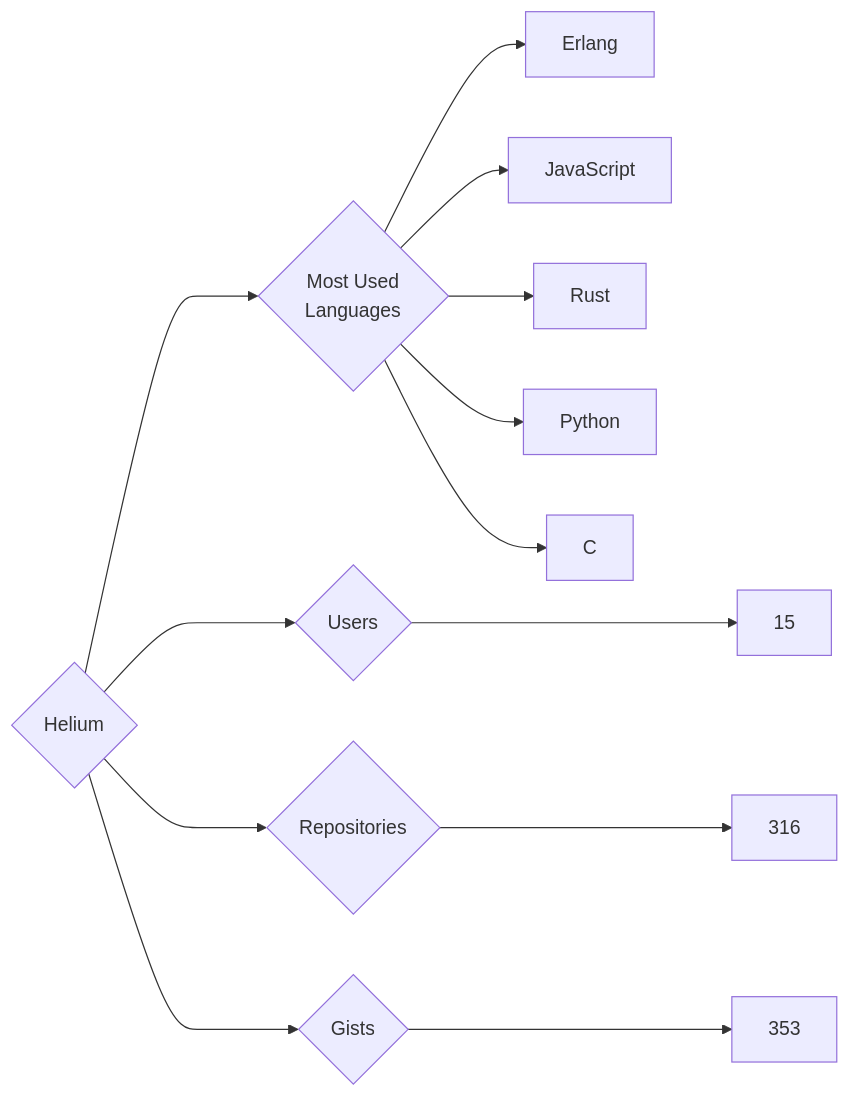
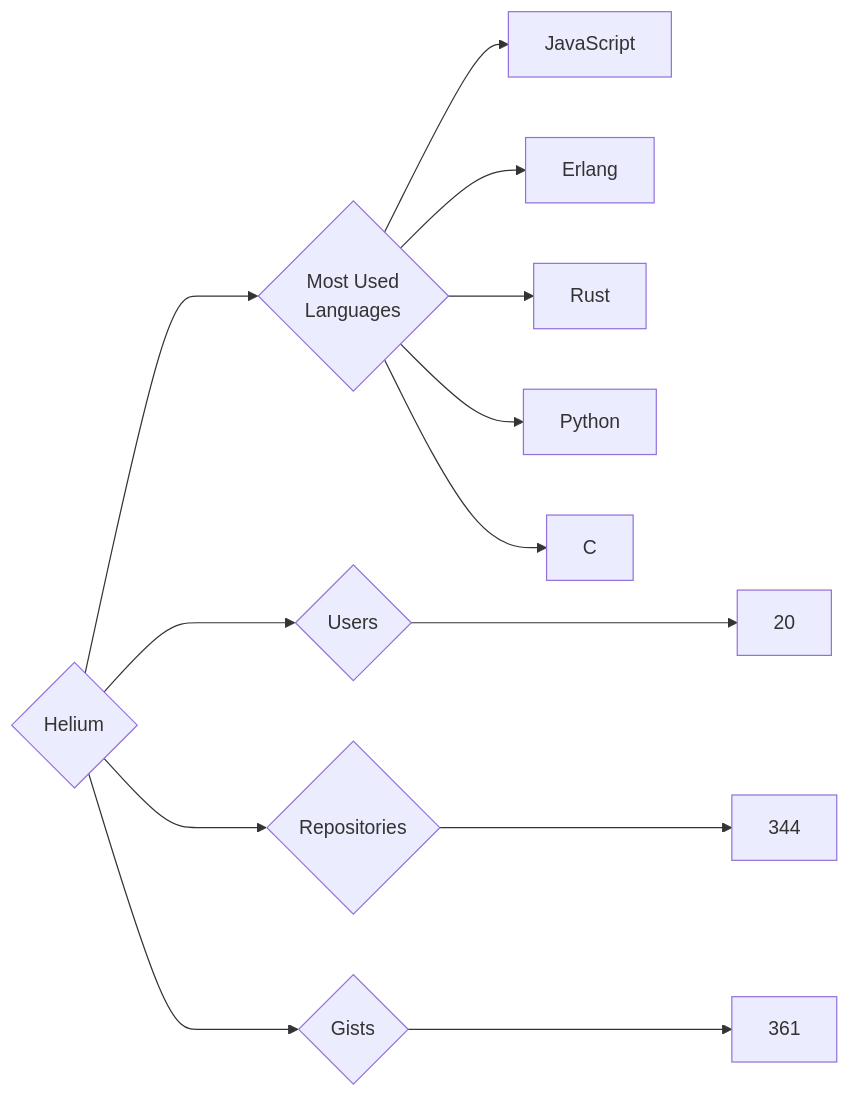
One commit to trickest/insiders changed the diagram in targets/Helium/README.md. Above: the diagram before and after it, drawn with Mermaid. The commit also changed 693 other files, not shown here.

````diff
--- a/targets/Helium/README.md
+++ b/targets/Helium/README.md
@@ -3,13 +3,13 @@
 ```mermaid
 graph LR
 COMPANY_NAME{Helium}
-COMPANY_NAME ---> U{Users} ---> UN[15]
-COMPANY_NAME ---> R{Repositories} ---> RN[316]
-COMPANY_NAME ---> G{Gists} ---> GN[353]
+COMPANY_NAME ---> U{Users} ---> UN[20]
+COMPANY_NAME ---> R{Repositories} ---> RN[344]
+COMPANY_NAME ---> G{Gists} ---> GN[361]
 COMPANY_NAME ---> ML{Most Used<br>Languages}
+ML --> JavaScript[JavaScript]
 ML --> Erlang[Erlang]
-ML --> JavaScript[JavaScript]
 ML --> Rust[Rust]
 ML --> Python[Python]
 ML --> C[C]
 ```
````
